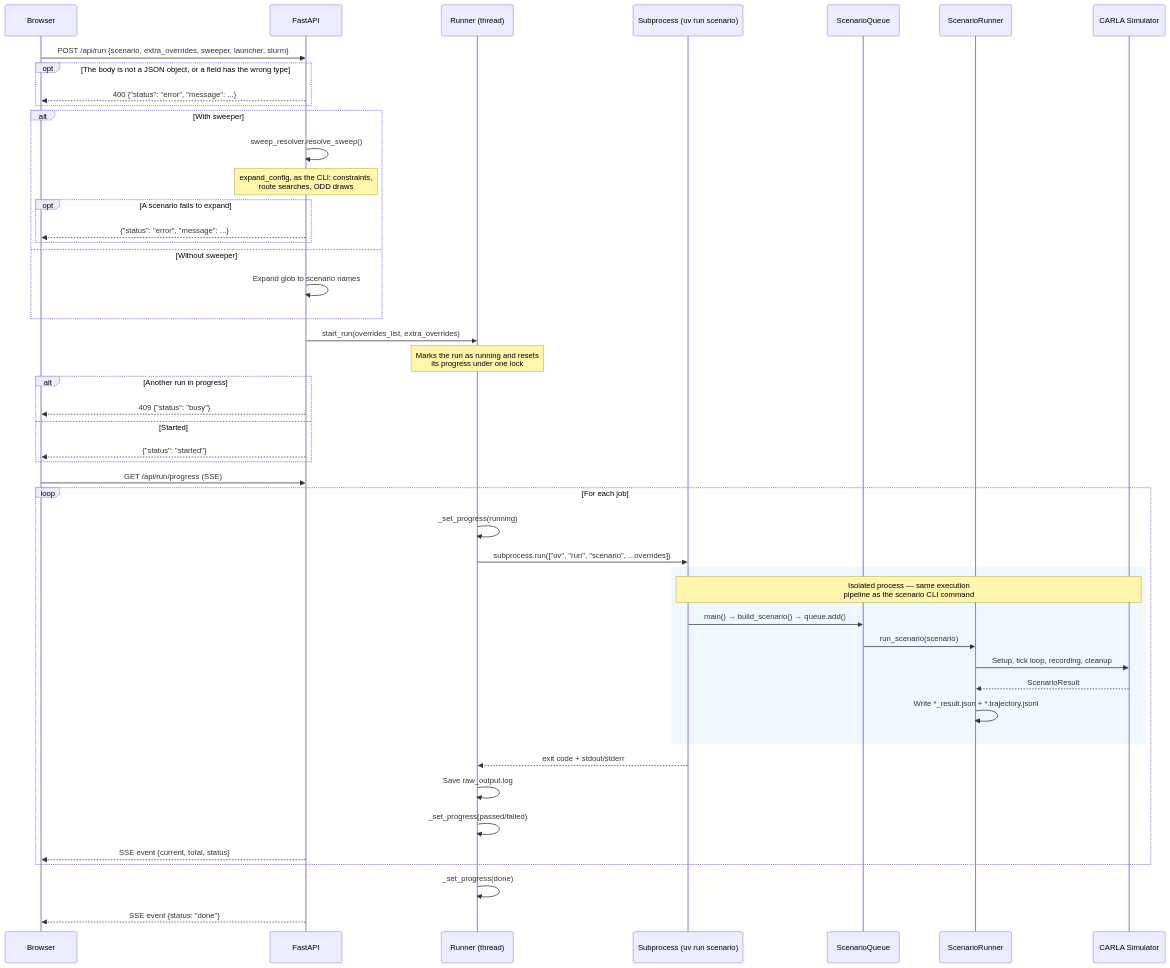
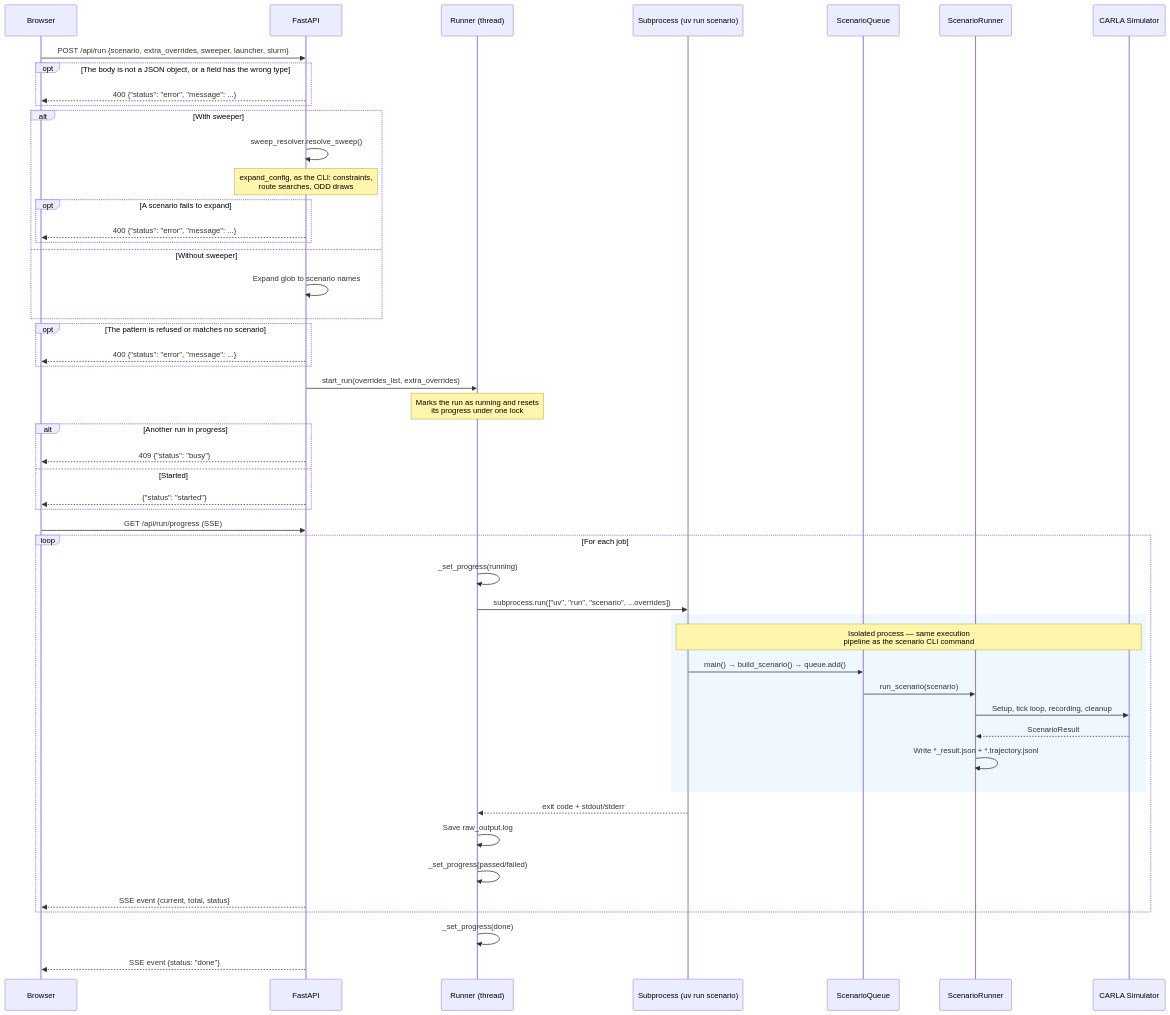
One commit to autowarefoundation/autoware_carla_scenario changed the ninth of 13 diagrams in autoware_carla_scenario/docs/architecture.md. Above: the diagram before and after it, drawn with Mermaid. The commit also changed other lines of this file and 9 other files, not shown here.

````diff
--- a/autoware_carla_scenario/docs/architecture.md
+++ b/autoware_carla_scenario/docs/architecture.md
@@ -1052,57 +1052,60 @@
 ```mermaid
 sequenceDiagram
     participant B as Browser
     participant A as FastAPI
     participant R as Runner (thread)
     participant S as Subprocess (uv run scenario)
     participant SQ as ScenarioQueue
     participant SR as ScenarioRunner
     participant C as CARLA Simulator
 
     B->>A: POST /api/run {scenario, extra_overrides, sweeper, launcher, slurm}
     opt The body is not a JSON object, or a field has the wrong type
         A-->>B: 400 {"status": "error", "message": ...}
     end
 
     alt With sweeper
         A->>A: sweep_resolver.resolve_sweep()
         Note over A: expand_config, as the CLI: constraints,<br/>route searches, ODD draws
         opt A scenario fails to expand
-            A-->>B: {"status": "error", "message": ...}
+            A-->>B: 400 {"status": "error", "message": ...}
         end
     else Without sweeper
         A->>A: Expand glob to scenario names
+    end
+    opt The pattern is refused or matches no scenario
+        A-->>B: 400 {"status": "error", "message": ...}
     end
 
     A->>R: start_run(overrides_list, extra_overrides)
     Note over R: Marks the run as running and resets<br/>its progress under one lock
     alt Another run in progress
         A-->>B: 409 {"status": "busy"}
     else Started
         A-->>B: {"status": "started"}
     end
 
     B->>A: GET /api/run/progress (SSE)
 
     loop For each job
         R->>R: _set_progress(running)
         R->>S: subprocess.run(["uv", "run", "scenario", ...overrides])
 
         rect rgb(240, 248, 255)
             Note over S,C: Isolated process — same execution<br/>pipeline as the scenario CLI command
             S->>SQ: main() → build_scenario() → queue.add()
             SQ->>SR: run_scenario(scenario)
             SR->>C: Setup, tick loop, recording, cleanup
             C-->>SR: ScenarioResult
             SR->>SR: Write *_result.json + *.trajectory.jsonl
         end
 
         S-->>R: exit code + stdout/stderr
         R->>R: Save raw_output.log
         R->>R: _set_progress(passed/failed)
         A-->>B: SSE event {current, total, status}
     end
 
     R->>R: _set_progress(done)
     A-->>B: SSE event {status: "done"}
 ```
````
